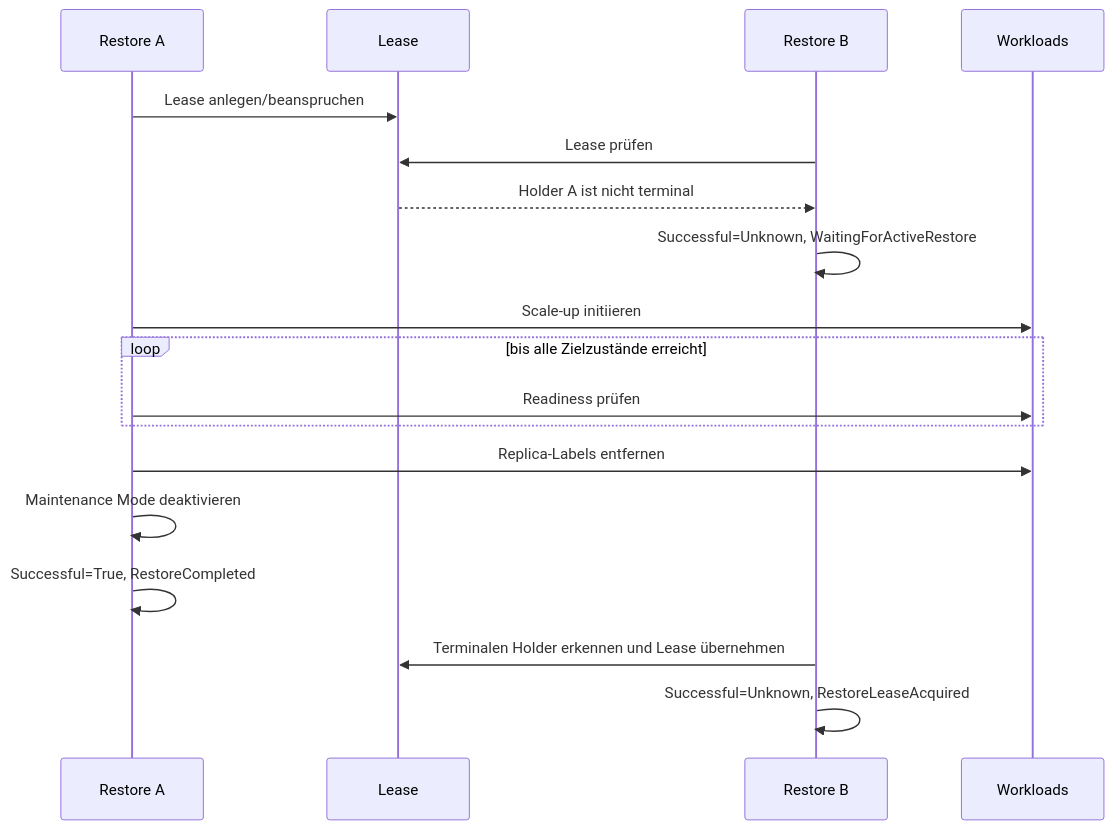
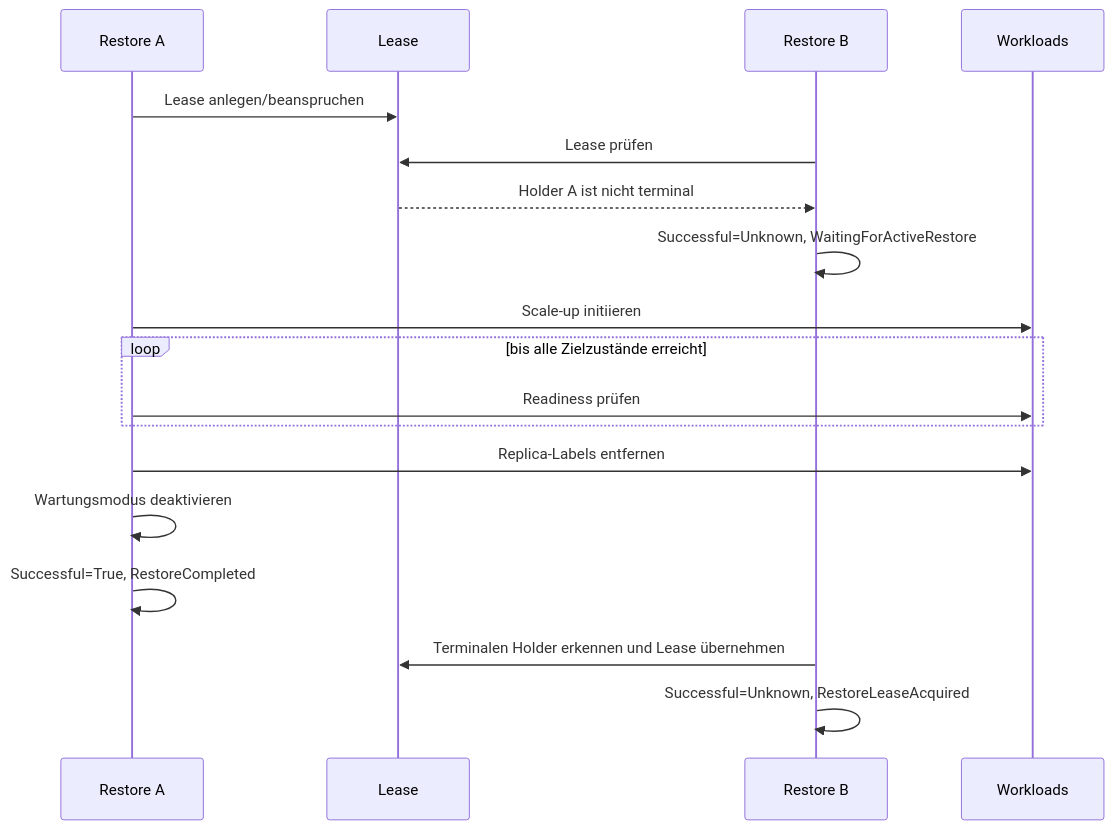
One commit to cloudogu/k8s-backup-operator changed the fourth of 5 diagrams in docs/development/restore/restore_process_de.MD. Above: the diagram before and after it, drawn with Mermaid. The commit also changed other lines of this file and 4 other files, not shown here.

````diff
--- a/docs/development/restore/restore_process_de.MD
+++ b/docs/development/restore/restore_process_de.MD
@@ -356,21 +356,21 @@
 ```mermaid
 sequenceDiagram
     participant R1 as Restore A
     participant L as Lease
     participant R2 as Restore B
     participant W as Workloads
 
     R1->>L: Lease anlegen/beanspruchen
     R2->>L: Lease prüfen
     L-->>R2: Holder A ist nicht terminal
     R2->>R2: Successful=Unknown, WaitingForActiveRestore
     R1->>W: Scale-up initiieren
     loop bis alle Zielzustände erreicht
         R1->>W: Readiness prüfen
     end
     R1->>W: Replica-Labels entfernen
-    R1->>R1: Maintenance Mode deaktivieren
+    R1->>R1: Wartungsmodus deaktivieren
     R1->>R1: Successful=True, RestoreCompleted
     R2->>L: Terminalen Holder erkennen und Lease übernehmen
     R2->>R2: Successful=Unknown, RestoreLeaseAcquired
 ```
````
